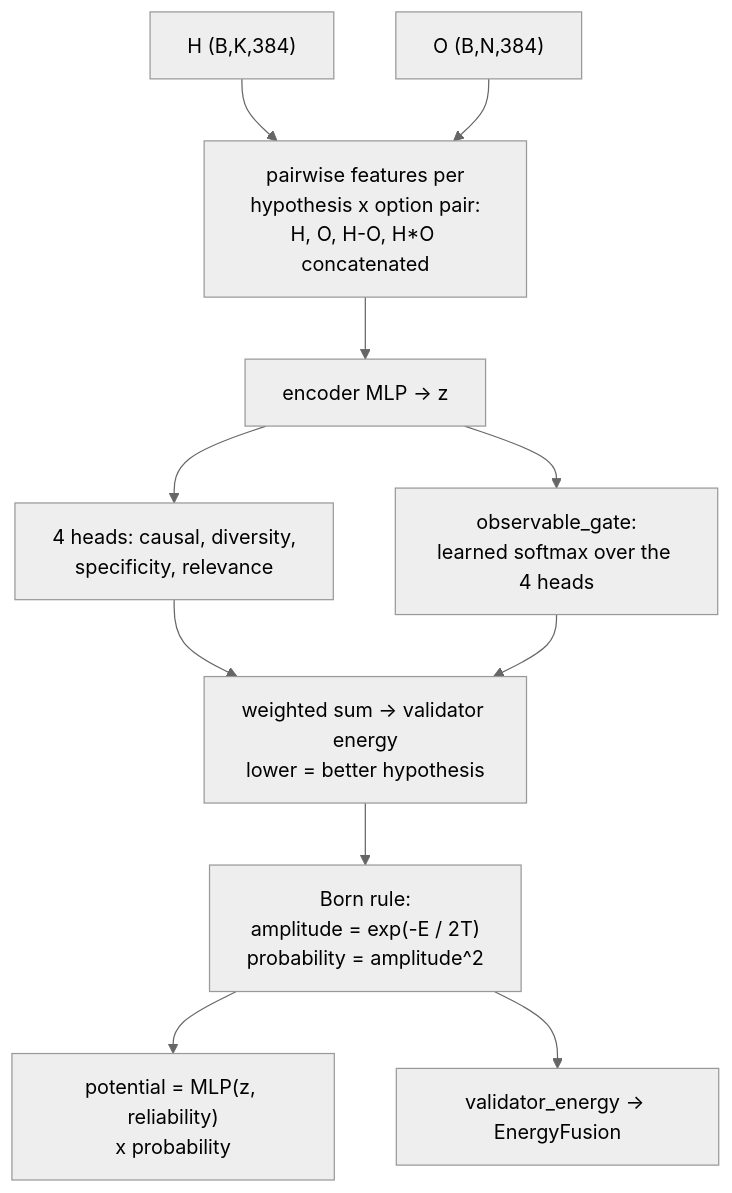
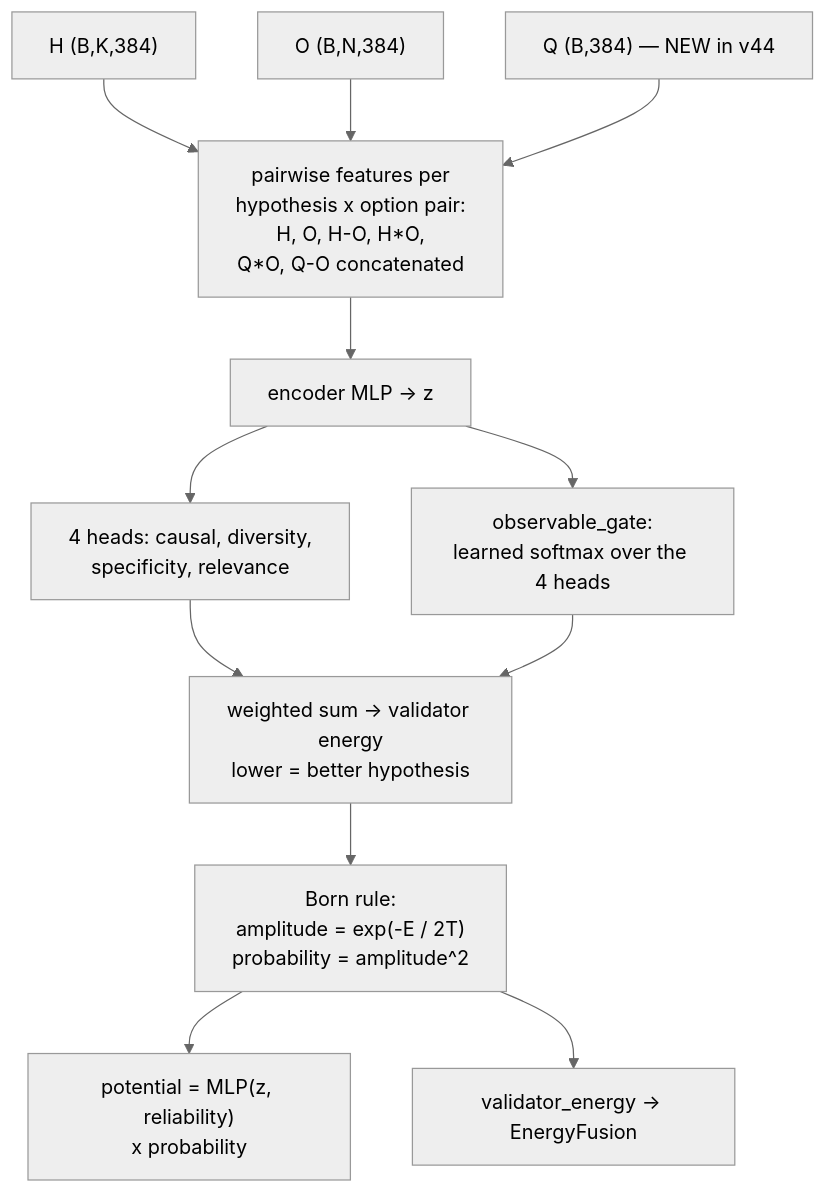
Before and after one commit to Thorfast191/qAIR-CSE499B: the fifth of 7 diagrams in README.md, drawn with Mermaid (neutral theme). The commit also changed other lines of this file and 25 other files, not shown here.

````diff
--- a/README.md
+++ b/README.md
@@ -194,13 +365,14 @@
 ```mermaid
 flowchart TD
-    H["H (B,K,384)"] --> FEAT["pairwise features per<br/>hypothesis x option pair:<br/>H, O, H-O, H*O concatenated"]
+    H["H (B,K,384)"] --> FEAT["pairwise features per<br/>hypothesis x option pair:<br/>H, O, H-O, H*O,<br/>Q*O, Q-O concatenated"]
     O["O (B,N,384)"] --> FEAT
+    QQ["Q (B,384) — NEW in v44"] --> FEAT
     FEAT --> ENC2["encoder MLP -> z"]
     ENC2 --> HEADS["4 heads: causal, diversity,<br/>specificity, relevance"]
     ENC2 --> GATE2["observable_gate:<br/>learned softmax over the 4 heads"]
     HEADS --> WSUM["weighted sum -> validator energy<br/>lower = better hypothesis"]
     GATE2 --> WSUM
     WSUM --> BORN["Born rule:<br/>amplitude = exp(-E / 2T)<br/>probability = amplitude^2"]
     BORN --> POT["potential = MLP(z, reliability)<br/>x probability"]
     BORN --> VE["validator_energy -> EnergyFusion"]
 ```
````
